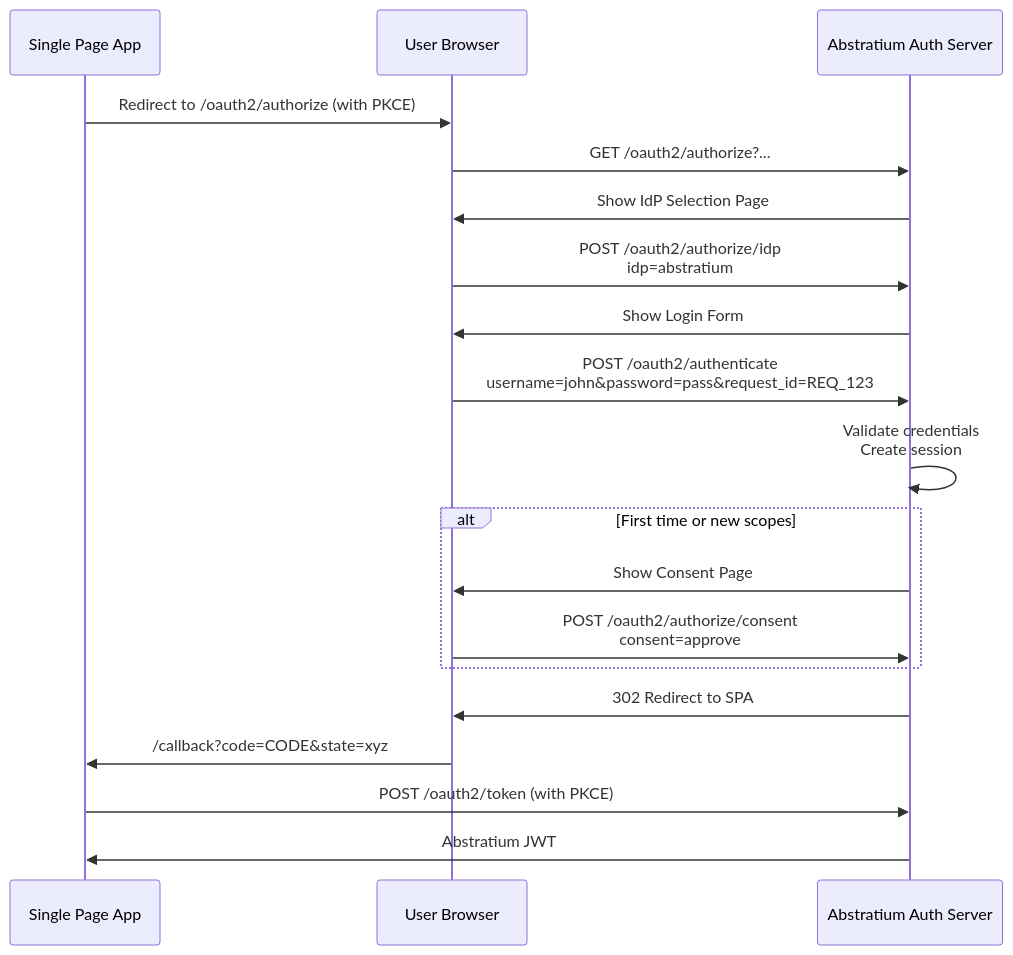
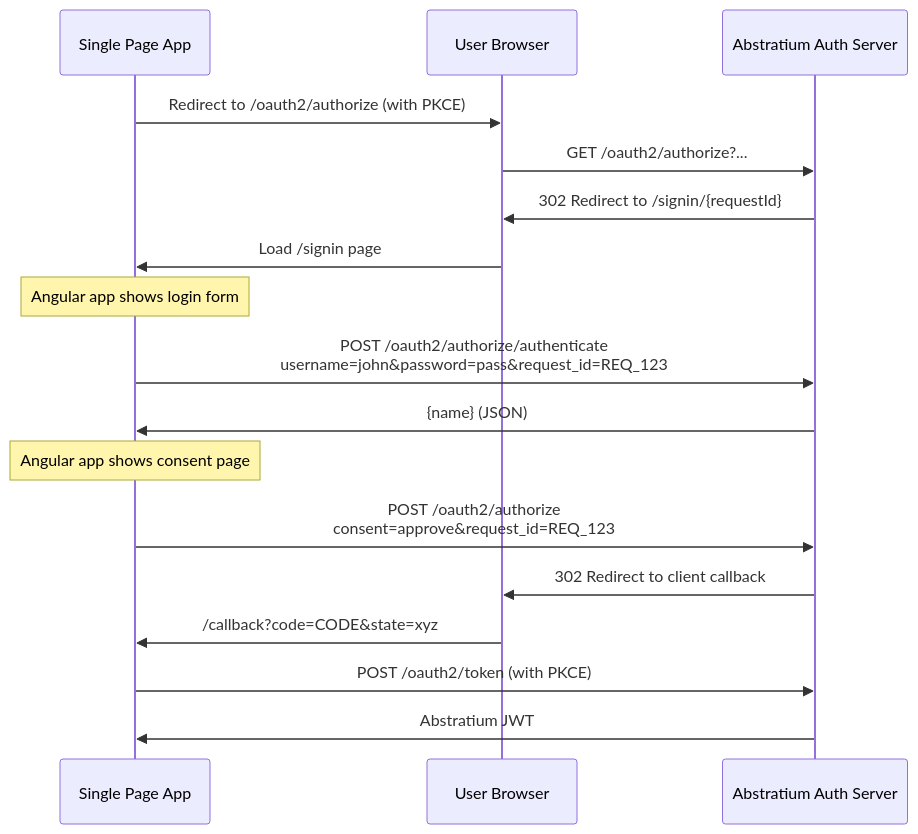
The third of 4 diagrams in FEDERATED_LOGIN.md (abstratium-dev/abstrauth), drawn with Mermaid before and after one commit. The commit also changed other lines of this file and 2 other files, not shown here.

````diff
--- a/FEDERATED_LOGIN.md
+++ b/FEDERATED_LOGIN.md
@@ -198,28 +199,25 @@
 ```mermaid
 sequenceDiagram
     participant SPA as Single Page App
     participant Browser as User Browser
     participant AuthServer as Abstratium Auth Server
 
     SPA->>Browser: Redirect to /oauth2/authorize (with PKCE)
     Browser->>AuthServer: GET /oauth2/authorize?...
     
-    AuthServer->>Browser: Show IdP Selection Page
-    Browser->>AuthServer: POST /oauth2/authorize/idp<br/>idp=abstratium
+    AuthServer->>Browser: 302 Redirect to /signin/{requestId}
+    Browser->>SPA: Load /signin page
     
-    AuthServer->>Browser: Show Login Form
-    Browser->>AuthServer: POST /oauth2/authenticate<br/>username=john&password=pass&request_id=REQ_123
+    Note over SPA: Angular app shows login form
+    SPA->>AuthServer: POST /oauth2/authorize/authenticate<br/>username=john&password=pass&request_id=REQ_123
+    AuthServer->>SPA: {name} (JSON)
     
-    AuthServer->>AuthServer: Validate credentials<br/>Create session
+    Note over SPA: Angular app shows consent page
+    SPA->>AuthServer: POST /oauth2/authorize<br/>consent=approve&request_id=REQ_123
     
-    alt First time or new scopes
-        AuthServer->>Browser: Show Consent Page
-        Browser->>AuthServer: POST /oauth2/authorize/consent<br/>consent=approve
-    end
-    
-    AuthServer->>Browser: 302 Redirect to SPA
+    AuthServer->>Browser: 302 Redirect to client callback
     Browser->>SPA: /callback?code=CODE&state=xyz
     
     SPA->>AuthServer: POST /oauth2/token (with PKCE)
     AuthServer->>SPA: Abstratium JWT
 ```
````
